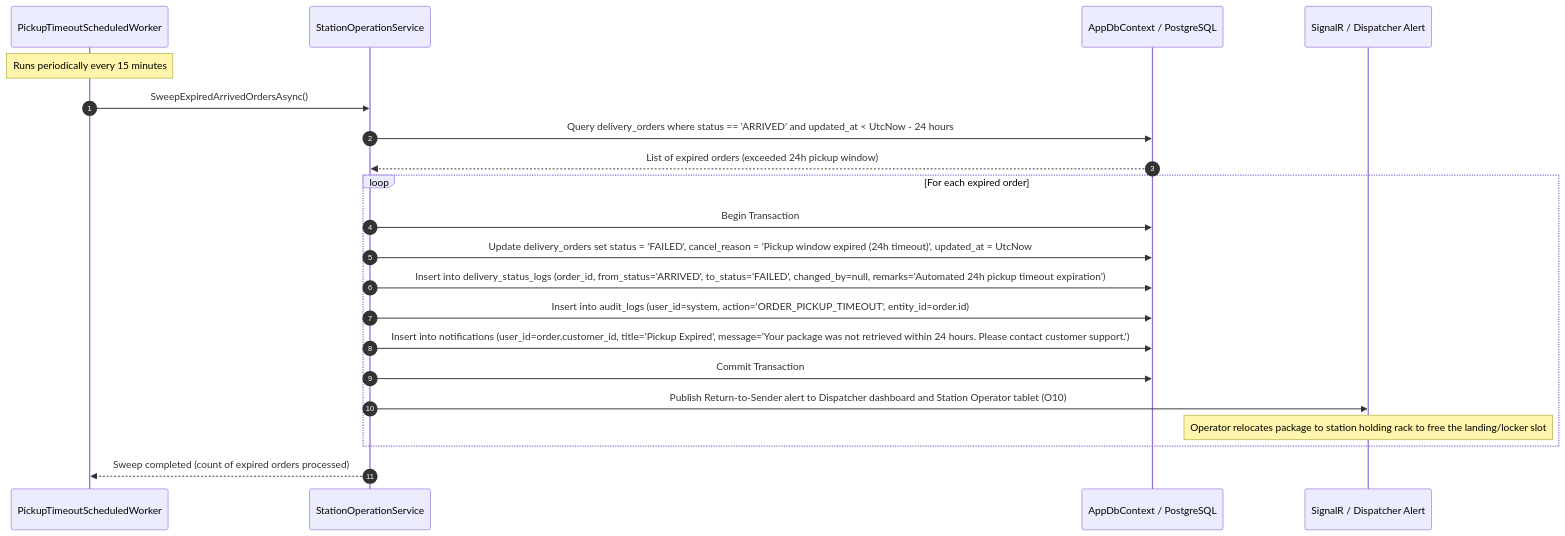
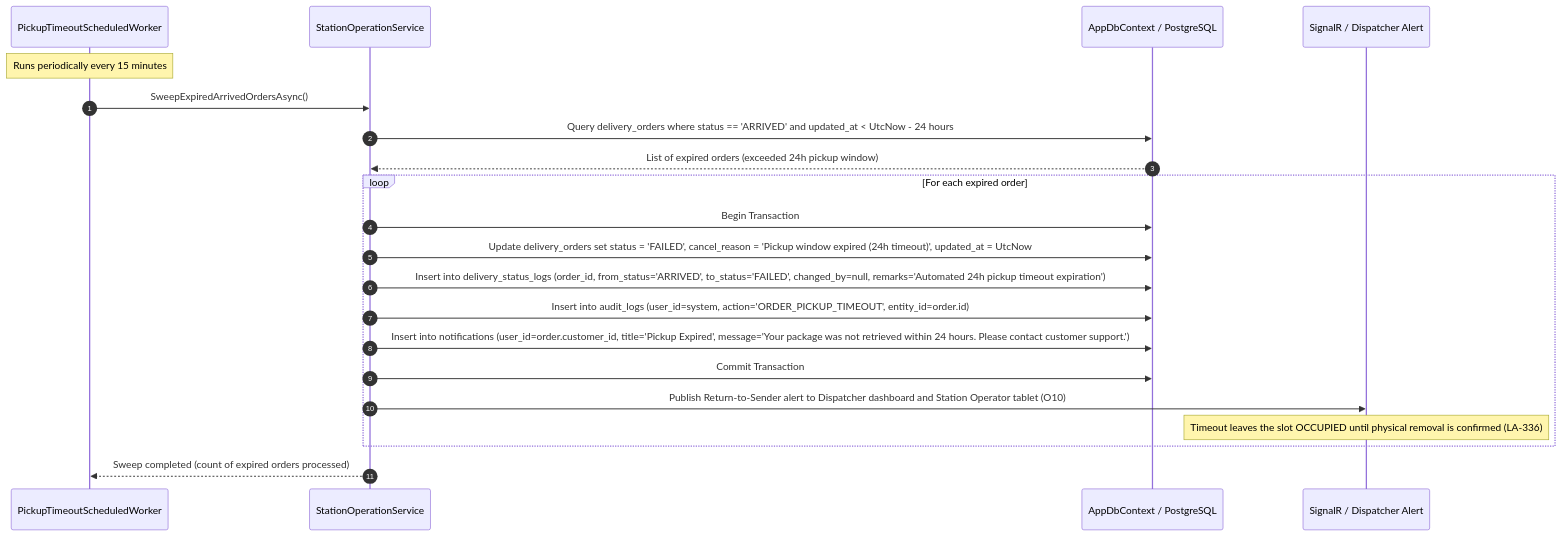
Before and after one commit to nguyentuio1/learning_app: the third of 3 diagrams in docs/design/sequence-package-pickup-confirmation.md, drawn with Mermaid. The commit also changed other lines of this file and 14 other files, not shown here.

````diff
--- a/docs/design/sequence-package-pickup-confirmation.md
+++ b/docs/design/sequence-package-pickup-confirmation.md
@@ -182,26 +182,26 @@
 ```mermaid
 sequenceDiagram
     autonumber
     participant Worker as PickupTimeoutScheduledWorker
     participant Service as StationOperationService
     participant DB as AppDbContext / PostgreSQL
     participant Hub as SignalR / Dispatcher Alert
 
     Note over Worker: Runs periodically every 15 minutes
     Worker->>Service: SweepExpiredArrivedOrdersAsync()
     Service->>DB: Query delivery_orders where status == 'ARRIVED' and updated_at < UtcNow - 24 hours
     DB-->>Service: List of expired orders (exceeded 24h pickup window)
 
     loop For each expired order
         Service->>DB: Begin Transaction
         Service->>DB: Update delivery_orders set status = 'FAILED', cancel_reason = 'Pickup window expired (24h timeout)', updated_at = UtcNow
         Service->>DB: Insert into delivery_status_logs (order_id, from_status='ARRIVED', to_status='FAILED', changed_by=null, remarks='Automated 24h pickup timeout expiration')
         Service->>DB: Insert into audit_logs (user_id=system, action='ORDER_PICKUP_TIMEOUT', entity_id=order.id)
         Service->>DB: Insert into notifications (user_id=order.customer_id, title='Pickup Expired', message='Your package was not retrieved within 24 hours. Please contact customer support.')
         Service->>DB: Commit Transaction
         
         Service->>Hub: Publish Return-to-Sender alert to Dispatcher dashboard and Station Operator tablet (O10)
-        Note over Hub: Operator relocates package to station holding rack to free the landing/locker slot
+        Note over Hub: Timeout leaves the slot OCCUPIED until physical removal is confirmed (LA-336)
     end
     Service-->>Worker: Sweep completed (count of expired orders processed)
 ```
````
